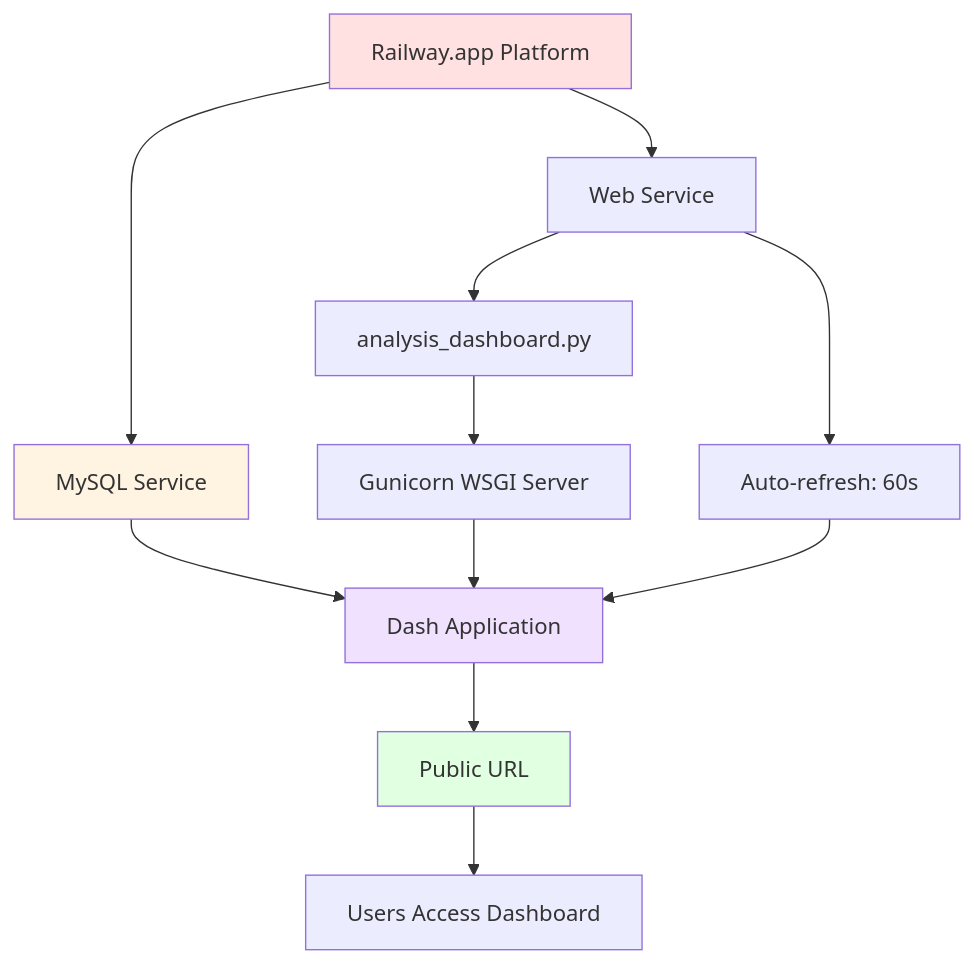
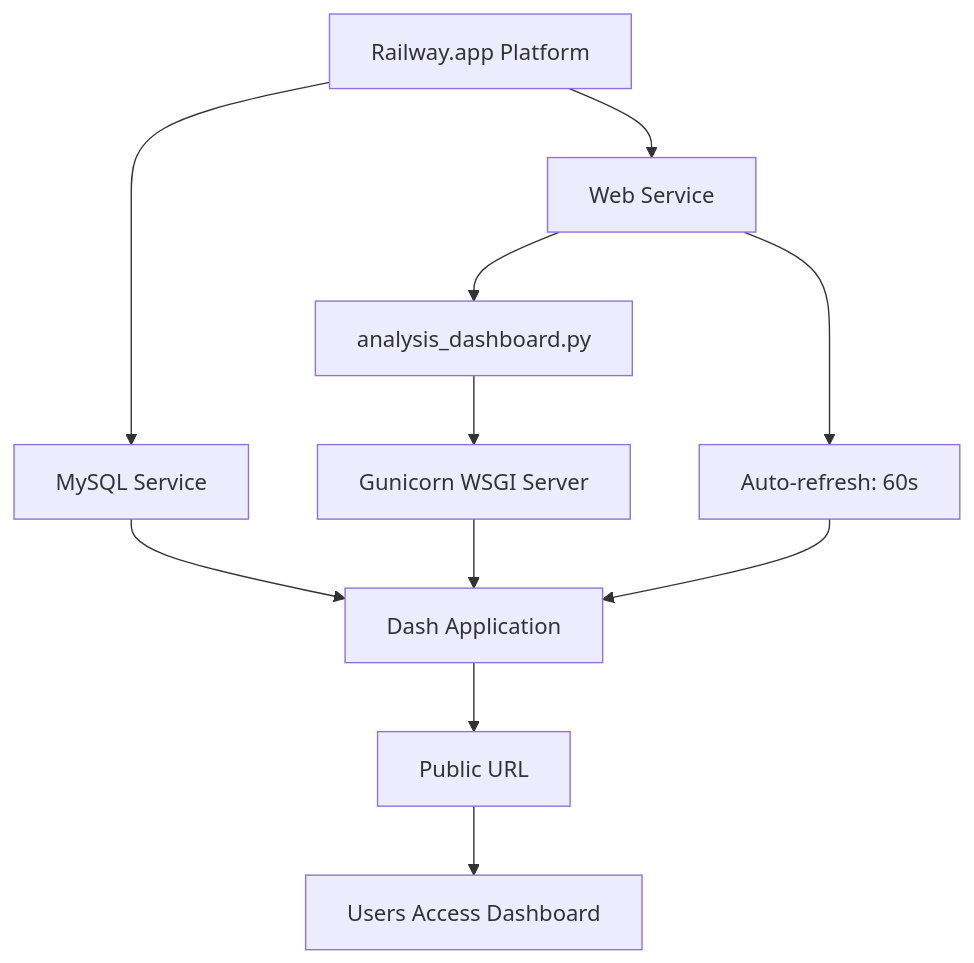
Before and after one commit to Acash-bits/tax_summit: the ninth of 10 diagrams in Readme.md, drawn with Mermaid. The commit also changed other lines of this file, not shown here.

````diff
--- a/Readme.md
+++ b/Readme.md
@@ -1164,22 +1134,17 @@
 ```mermaid
 graph TB
     A[Railway.app Platform] --> B[MySQL Service]
     A --> C[Web Service]
     
     C --> D[analysis_dashboard.py]
     D --> E[Gunicorn WSGI Server]
     E --> F[Dash Application]
     
     B --> F
     
     F --> G[Public URL]
     G --> H[Users Access Dashboard]
     
     C --> I[Auto-refresh: 60s]
     I --> F
-    
-    style A fill:#ffe1e1
-    style B fill:#fff4e1
-    style F fill:#f0e1ff
-    style G fill:#e1ffe1
 ```
````
